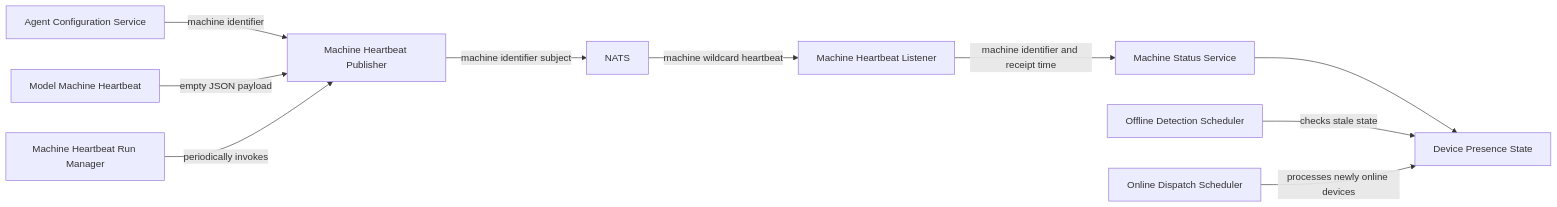
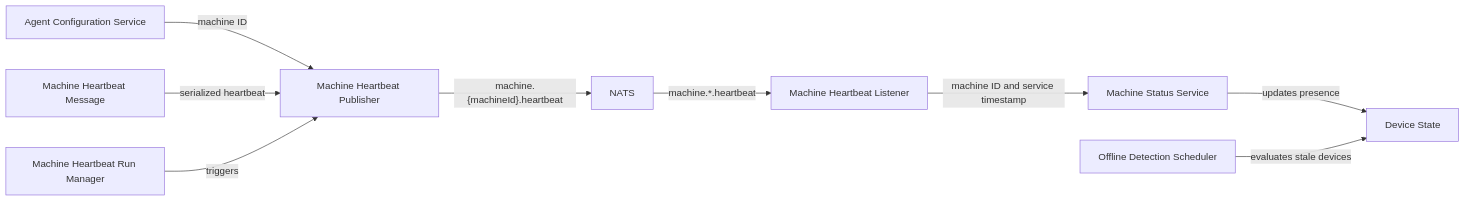
The first of 3 diagrams in docs/reference/architecture/openframe-client-core/model-machine-heartbeat/model-machine-heartbeat.md (flamingo-stack/openframe-oss-tenant), drawn with Mermaid before and after one commit. The commit also changed other lines of this file and 2377 other files, not shown here.

````diff
--- a/docs/reference/architecture/openframe-client-core/model-machine-heartbeat/model-machine-heartbeat.md
+++ b/docs/reference/architecture/openframe-client-core/model-machine-heartbeat/model-machine-heartbeat.md
@@ -44,12 +44,11 @@
 ```mermaid
 flowchart LR
-    AgentConfig["Agent Configuration Service"] -->|"machine identifier"| Publisher["Machine Heartbeat Publisher"]
-    HeartbeatModel["Model Machine Heartbeat"] -->|"empty JSON payload"| Publisher
-    RunManager["Machine Heartbeat Run Manager"] -->|"periodically invokes"| Publisher
-    Publisher -->|"machine identifier subject"| Nats["NATS"]
-    Nats -->|"machine wildcard heartbeat"| Listener["Machine Heartbeat Listener"]
-    Listener -->|"machine identifier and receipt time"| StatusService["Machine Status Service"]
-    StatusService --> DeviceState["Device Presence State"]
-    OfflineScheduler["Offline Detection Scheduler"] -->|"checks stale state"| DeviceState
-    OnlineScheduler["Online Dispatch Scheduler"] -->|"processes newly online devices"| DeviceState
+    AgentConfig["Agent Configuration Service"] -->|"machine ID"| HeartbeatPublisher["Machine Heartbeat Publisher"]
+    HeartbeatModel["Machine Heartbeat Message"] -->|"serialized heartbeat"| HeartbeatPublisher
+    HeartbeatRunner["Machine Heartbeat Run Manager"] -->|"triggers"| HeartbeatPublisher
+    HeartbeatPublisher -->|"machine.{machineId}.heartbeat"| Nats["NATS"]
+    Nats -->|"machine.*.heartbeat"| HeartbeatListener["Machine Heartbeat Listener"]
+    HeartbeatListener -->|"machine ID and service timestamp"| StatusService["Machine Status Service"]
+    StatusService -->|"updates presence"| DeviceState["Device State"]
+    OfflineScheduler["Offline Detection Scheduler"] -->|"evaluates stale devices"| DeviceState
 ```
````
